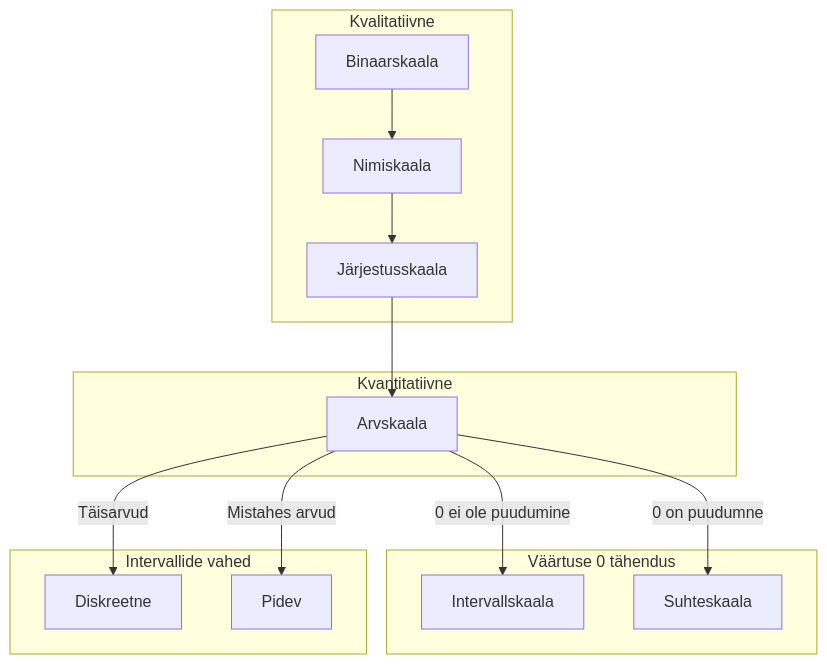
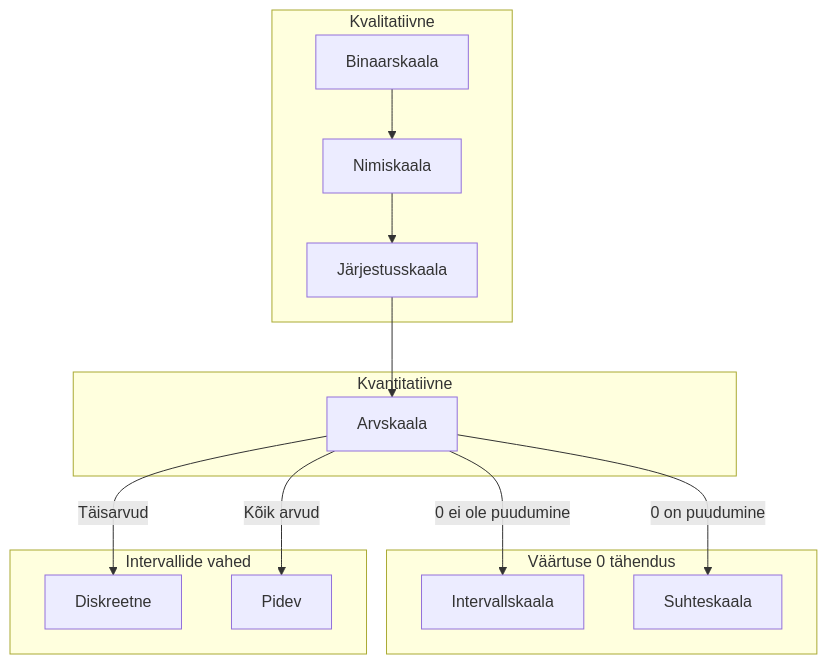
Before and after one commit to lillemets/andmeanalyys: the diagram in tunnused.qmd, drawn with Mermaid. The commit also changed other lines of this file and 75 other files, not shown here.

````diff
--- a/tunnused.qmd
+++ b/tunnused.qmd
@@ -22,18 +22,18 @@
 ```{mermaid}
 graph
 	subgraph Kvalitatiivne
 	    Binaarskaala-->Nimiskaala
 	    Nimiskaala-->Järjestusskaala
 	end
 	subgraph Kvantitatiivne
 	    Järjestusskaala-->Arvskaala
 	end
 		subgraph "Väärtuse 0 tähendus"
 		    Arvskaala-->|0 ei ole puudumine|Intervallskaala
-		    Arvskaala-->|0 on puudumne|Suhteskaala
+		    Arvskaala-->|0 on puudumine|Suhteskaala
 		end
 		subgraph "Intervallide vahed"
 		    Arvskaala-->|Täisarvud|Diskreetne
-		    Arvskaala-->|Mistahes arvud|Pidev
+		    Arvskaala-->|Kõik arvud|Pidev
 		end
 ```
````
